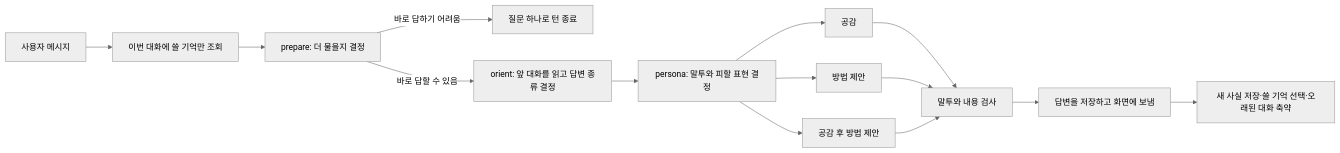
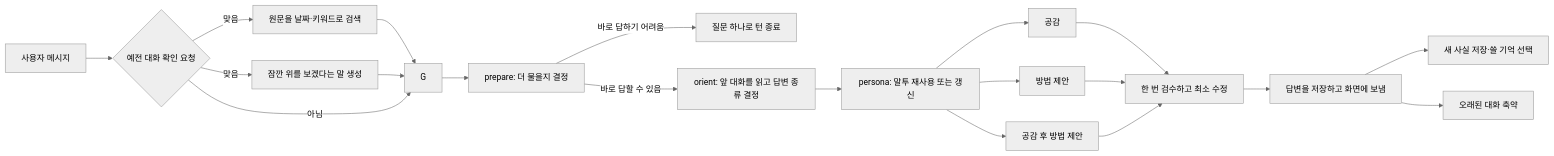
Before and after one commit to algocean1204/emotion-healer: the diagram in README.md, drawn with Mermaid (neutral theme). The commit also changed other lines of this file and 39 other files, not shown here.

````diff
--- a/README.md
+++ b/README.md
@@ -25,16 +25,22 @@
 ```mermaid
 flowchart LR
-    U[사용자 메시지] --> G[이번 대화에 쓸 기억만 조회]
+    U[사용자 메시지] --> H{예전 대화 확인 요청}
+    H -->|맞음| S[원문을 날짜·키워드로 검색]
+    H -->|맞음| C[잠깐 위를 보겠다는 말 생성]
+    S --> G
+    C --> G
+    H -->|아님| G
     G --> P[prepare: 더 물을지 결정]
     P -->|바로 답하기 어려움| Q[질문 하나로 턴 종료]
     P -->|바로 답할 수 있음| O[orient: 앞 대화를 읽고 답변 종류 결정]
-    O --> N[persona: 말투와 피할 표현 결정]
+    O --> N[persona: 말투 재사용 또는 갱신]
     N --> E[공감]
     N --> R[방법 제안]
     N --> B[공감 후 방법 제안]
-    E --> V[말투와 내용 검사]
+    E --> V[한 번 검수하고 최소 수정]
     R --> V
     B --> V
     V --> A[답변을 저장하고 화면에 보냄]
-    A --> M[새 사실 저장·쓸 기억 선택·오래된 대화 축약]
+    A --> M[새 사실 저장·쓸 기억 선택]
+    A --> X[오래된 대화 축약]
 ```
````
